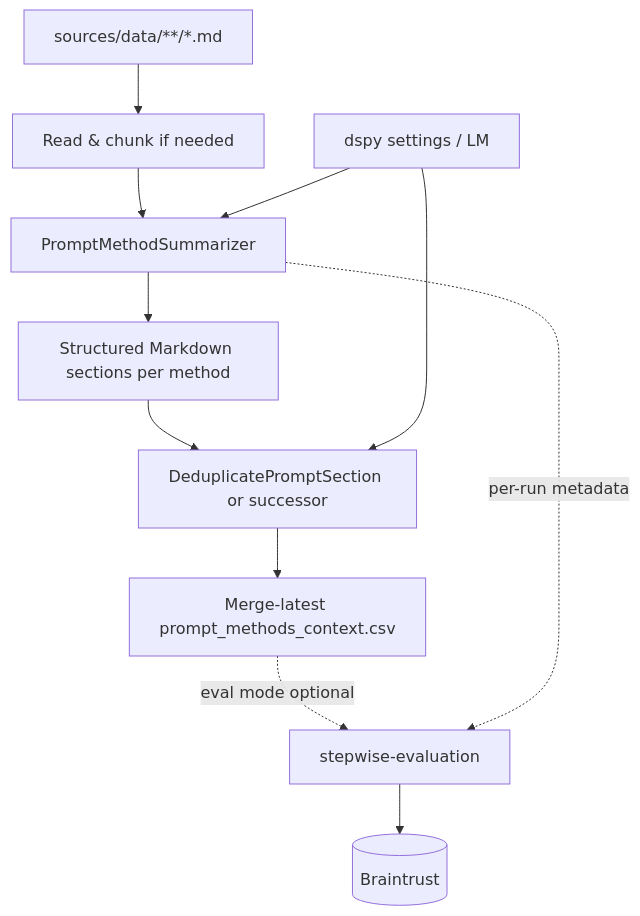
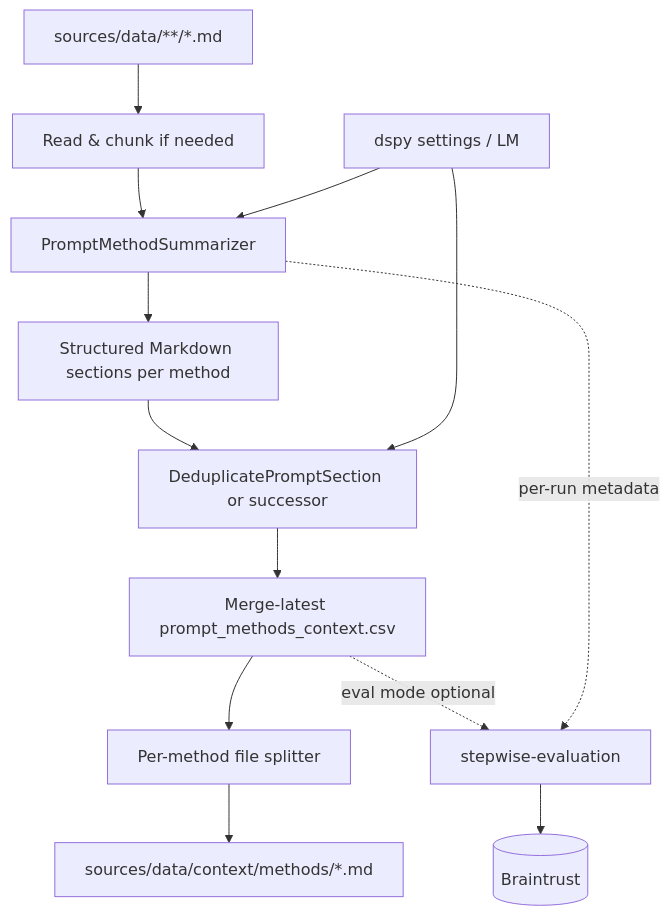
The diagram in docs/ai/design/feature-context-engineering.md (trummelbummel/promptymize), drawn with Mermaid before and after one commit. The commit also changed other lines of this file and 26 other files, not shown here.

````diff
--- a/docs/ai/design/feature-context-engineering.md
+++ b/docs/ai/design/feature-context-engineering.md
@@ -13,13 +13,15 @@
 ```mermaid
 graph TD
   MD[sources/data/**/*.md] --> Ingest[Read & chunk if needed]
   Ingest --> Summarize[PromptMethodSummarizer]
   Summarize --> Sections[Structured Markdown sections per method]
   Sections --> Dedup[DeduplicatePromptSection or successor]
   Dedup --> ContextFile[Merge-latest prompt_methods_context.csv]
+  ContextFile --> Split[Per-method file splitter]
+  Split --> MethodDir[sources/data/context/methods/*.md]
   Config[dspy settings / LM] --> Summarize
   Config --> Dedup
   ContextFile -.->|eval mode optional| Stepwise[stepwise-evaluation]
   Summarize -.->|per-run metadata| Stepwise
   Stepwise --> BT[(Braintrust)]
 ```
````
